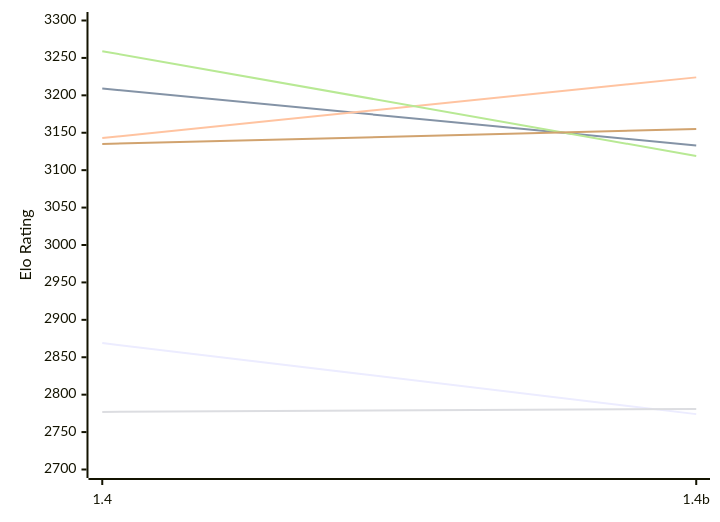
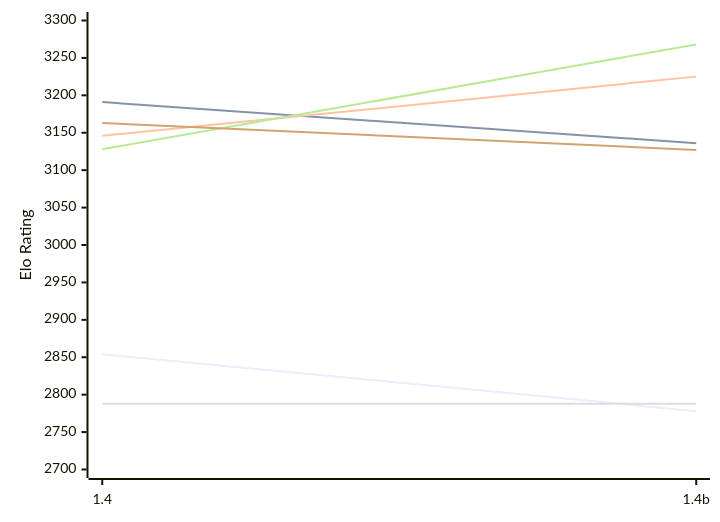
One commit to computer-chess-index/cci changed the first of 2 diagrams in engines/Chessnix.md. Above: the diagram before and after it, drawn with Mermaid. The commit also changed other lines of this file, not shown here.

Commit message:
Update CCI Ratings (ELO VLTC) - 2026-11-25

````diff
--- a/engines/Chessnix.md
+++ b/engines/Chessnix.md
@@ -52,12 +52,12 @@
 ```mermaid
 %%{init: {"theme":"base","themeVariables":{"seriesColors:['#a3a3a3','#222221','#faa371']}}}%%
 xychart-beta
   x-axis ["1.4", "1.4b"]
   y-axis "Elo Rating" 2700 --> 3300
-  line "E1: STC (8.0+0.08s)" [2869, 2774]
-  line "E1: LTC (60.0+0.60s)" [3209, 3133]
-  line "E1: VLTC (2m24s+1.12s)" [3143, 3224]
-  line "P1: STC (8.0+0.08s)" [2777, 2781]
-  line "P1: LTC (60.0+0.60s)" [3259, 3119]
-  line "P1: VLTC (2m24s+1.12s)" [3135, 3155]
+  line "E1: STC (8.0+0.08s)" [2854, 2778]
+  line "E1: LTC (60.0+0.60s)" [3191, 3136]
+  line "E1: VLTC (2m24s+1.12s)" [3146, 3225]
+  line "P1: STC (8.0+0.08s)" [2788, 2788]
+  line "P1: LTC (60.0+0.60s)" [3128, 3268]
+  line "P1: VLTC (2m24s+1.12s)" [3163, 3127]
 ```
````
